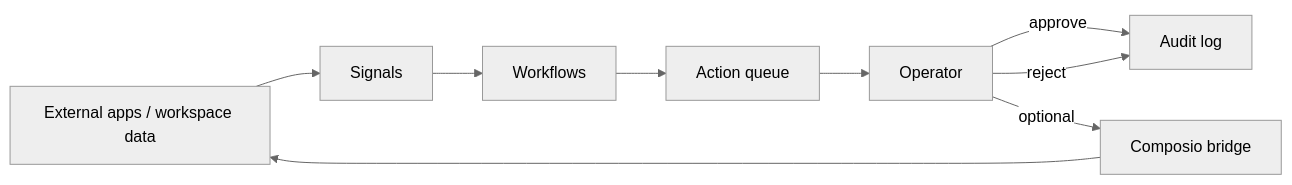
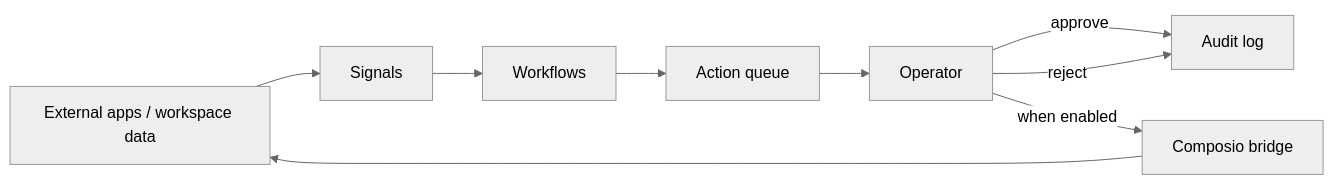
Before and after one commit to nicoware-dev/hbo-plugin: the diagram in apps/docs/docs/how-it-works.md, drawn with Mermaid (neutral theme). The commit also changed other lines of this file and 22 other files, not shown here.

````diff
--- a/apps/docs/docs/how-it-works.md
+++ b/apps/docs/docs/how-it-works.md
@@ -12,19 +12,19 @@
 ```mermaid
 flowchart LR
   EXT[External apps / workspace data]
   SIG[Signals]
   WF[Workflows]
   ACT[Action queue]
   OP[Operator]
   AUD[Audit log]
   BR[Composio bridge]
 
   EXT --> SIG
   SIG --> WF
   WF --> ACT
   ACT --> OP
   OP -->|approve| AUD
   OP -->|reject| AUD
-  OP -->|optional| BR
+  OP -->|when enabled| BR
   BR --> EXT
 ```
````
